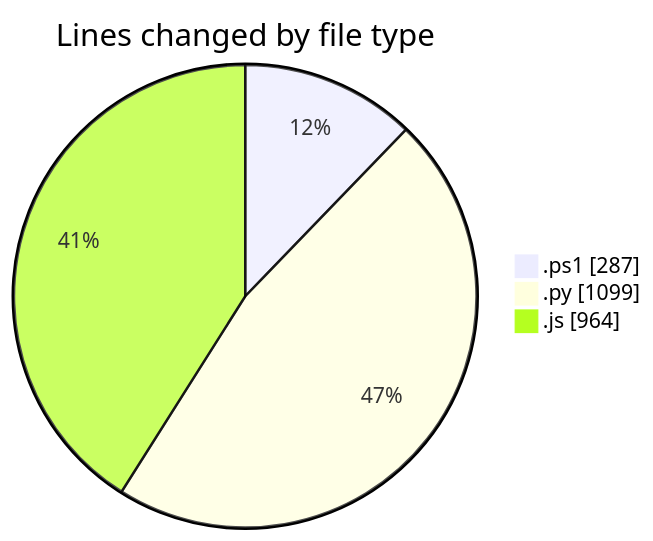
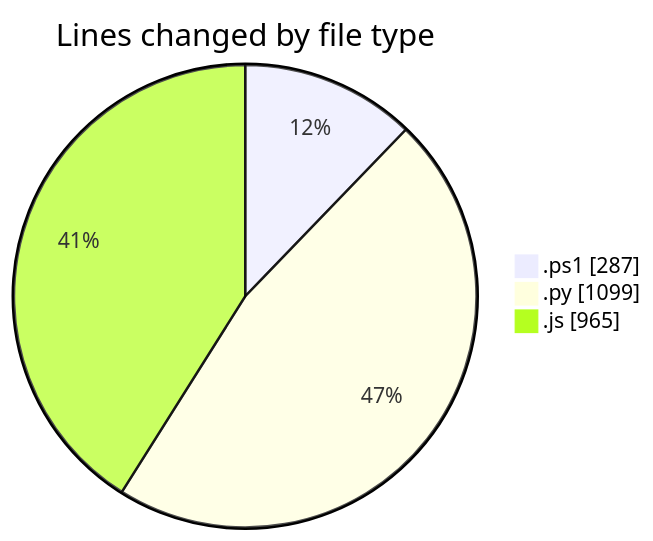
Before and after one commit to shibass792/code-tracking: the first of 2 diagrams in 2026-07-14/shibass-ai/README.md, drawn with Mermaid. The commit also changed other lines of this file and 1 other file, not shown here.

````diff
--- a/2026-07-14/shibass-ai/README.md
+++ b/2026-07-14/shibass-ai/README.md
@@ -25,7 +25,7 @@
 ```mermaid
 pie showData
 title Lines changed by file type
 ".ps1" : 287
 ".py" : 1099
-".js" : 964
+".js" : 965
 ```
````
